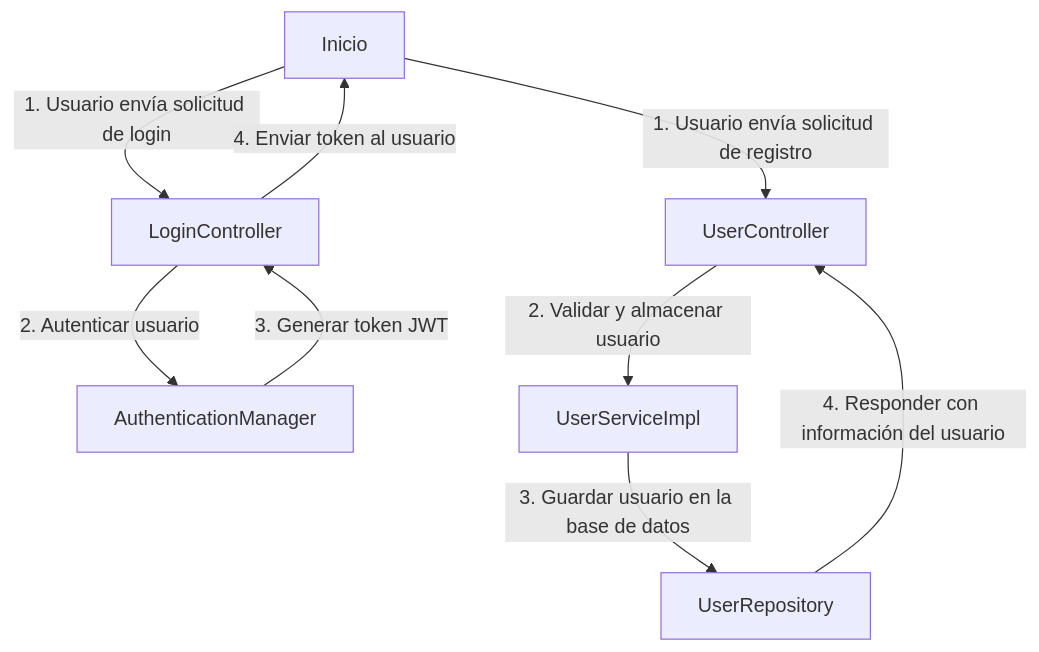
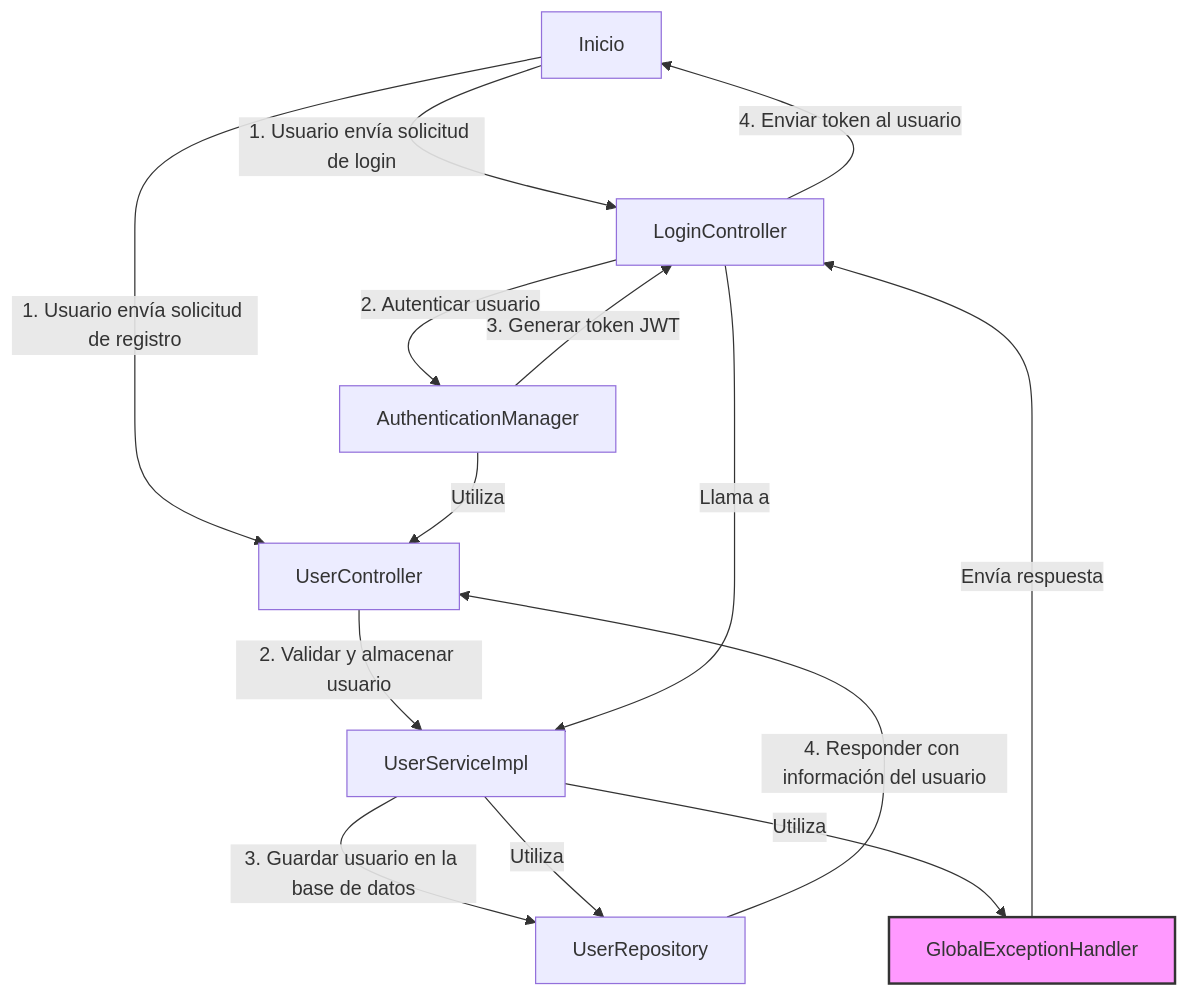
Before and after one commit to camilitwo/test-bci: the diagram in src/main/docs/diagramas/Flujo.md, drawn with Mermaid. The commit also changed 2 other files, not shown here.

Commit message:
actualizacion de diagramas

````diff
--- a/src/main/docs/diagramas/Flujo.md
+++ b/src/main/docs/diagramas/Flujo.md
@@ -5,13 +5,23 @@
 ```mermaid
 graph TD
     A[Inicio] -->|1. Usuario envía solicitud de login| B[LoginController]
     B -->|2. Autenticar usuario| C[AuthenticationManager]
     C -->|3. Generar token JWT| B
     B -->|4. Enviar token al usuario| A
 
     A -->|1. Usuario envía solicitud de registro| D[UserController]
     D -->|2. Validar y almacenar usuario| E[UserServiceImpl]
     E -->|3. Guardar usuario en la base de datos| F[UserRepository]
     F -->|4. Responder con información del usuario| D
 
+    G[GlobalExceptionHandler]
+
+    style G fill:#f9f,stroke:#333,stroke-width:2px;
+    style G round:8px;
+
+    B -->|Llama a| E
+    C -->|Utiliza| D
+    E -->|Utiliza| F
+    E -->|Utiliza| G
+    G -->|Envía respuesta| B
 ```
````
